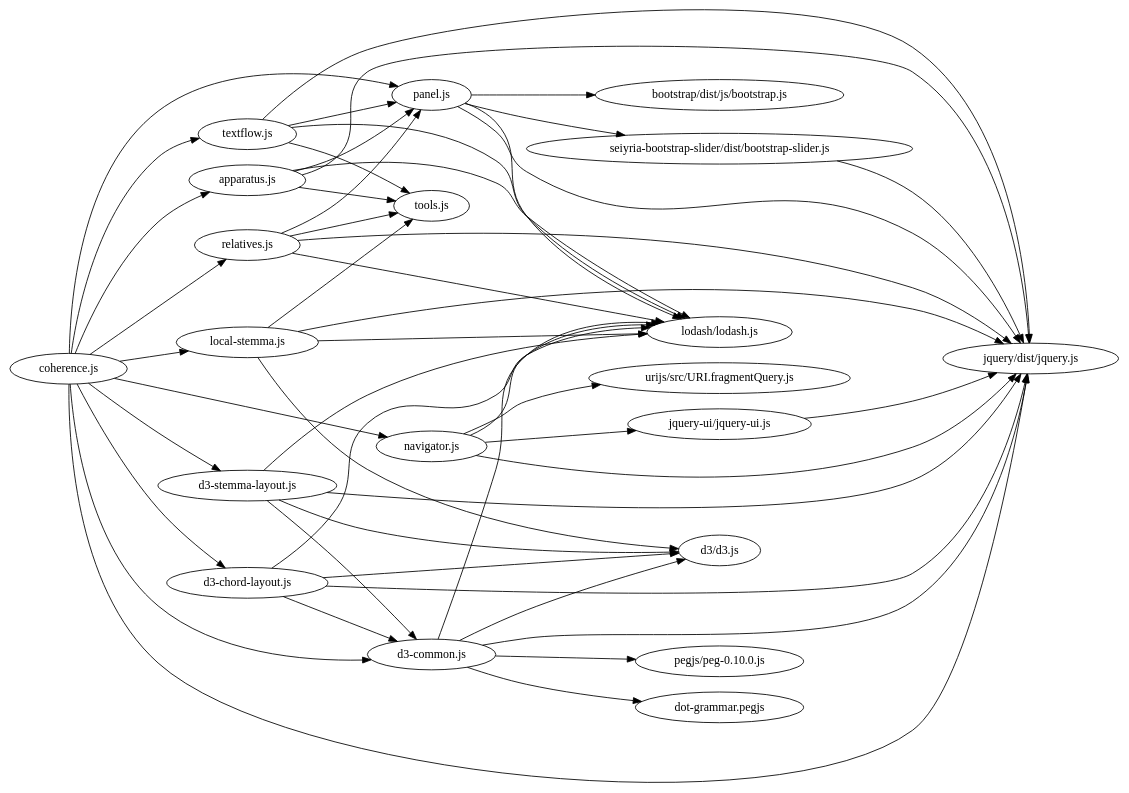
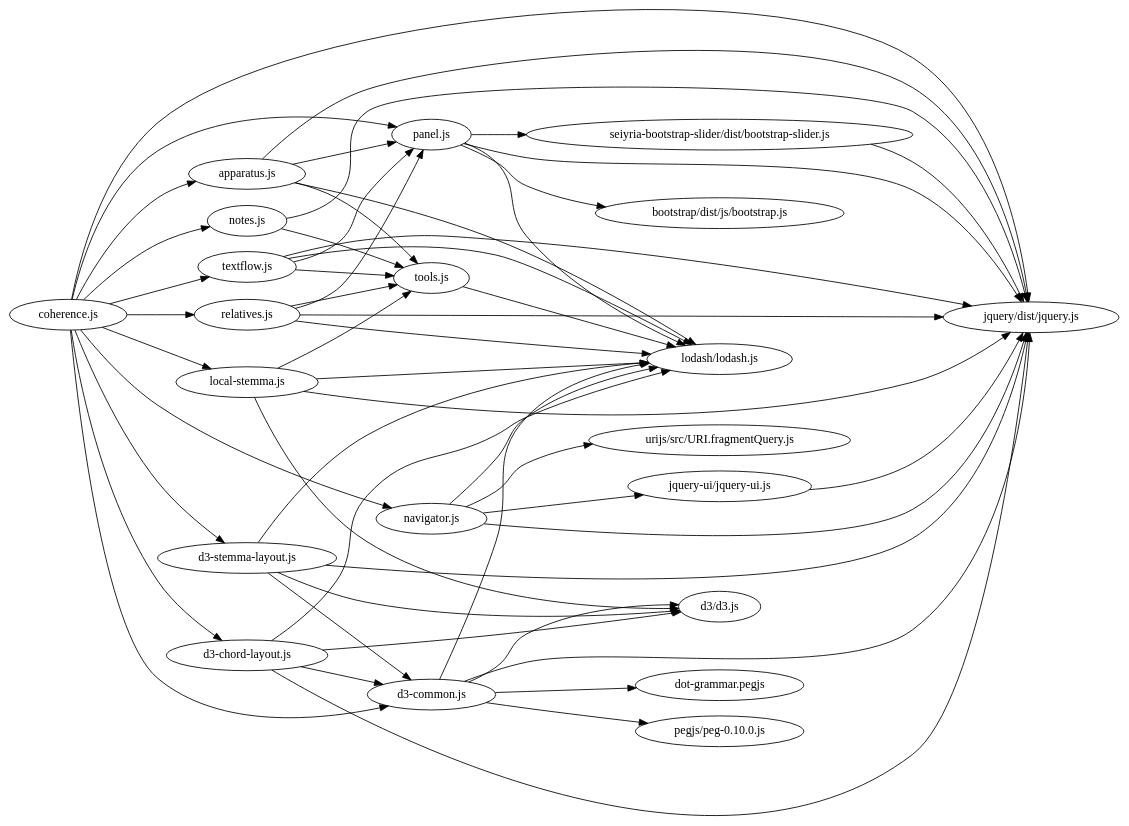
One commit to cceh/ntg changed the diagram in doc_src/coherence.jsgraph.dot. Above: the diagram before and after it, drawn with Graphviz. The commit also changed 48 other files, not shown here.

```diff
--- a/doc_src/coherence.jsgraph.dot
+++ b/doc_src/coherence.jsgraph.dot
@@ -1,72 +1,77 @@
 digraph G {
 graph [rankdir="LR"]
   "bootstrap/dist/js/bootstrap.js";
   "d3/d3.js";
   "jquery-ui/jquery-ui.js";
   "jquery/dist/jquery.js";
   "lodash/lodash.js";
   "pegjs/peg-0.10.0.js";
   "seiyria-bootstrap-slider/dist/bootstrap-slider.js";
   "urijs/src/URI.fragmentQuery.js";
   "apparatus.js";
   "panel.js";
   "tools.js";
   "coherence.js";
   "d3-chord-layout.js";
   "d3-common.js";
   "d3-stemma-layout.js";
   "local-stemma.js";
   "navigator.js";
+  "notes.js";
   "relatives.js";
   "textflow.js";
   "dot-grammar.pegjs";
   "jquery-ui/jquery-ui.js" -> "jquery/dist/jquery.js";
   "seiyria-bootstrap-slider/dist/bootstrap-slider.js" -> "jquery/dist/jquery.js";
   "apparatus.js" -> "jquery/dist/jquery.js";
   "apparatus.js" -> "lodash/lodash.js";
   "apparatus.js" -> "panel.js";
   "apparatus.js" -> "tools.js";
   "coherence.js" -> "jquery/dist/jquery.js";
   "coherence.js" -> "apparatus.js";
   "coherence.js" -> "d3-chord-layout.js";
   "coherence.js" -> "d3-common.js";
   "coherence.js" -> "d3-stemma-layout.js";
   "coherence.js" -> "local-stemma.js";
   "coherence.js" -> "navigator.js";
+  "coherence.js" -> "notes.js";
   "coherence.js" -> "panel.js";
   "coherence.js" -> "relatives.js";
   "coherence.js" -> "textflow.js";
   "d3-chord-layout.js" -> "d3/d3.js";
   "d3-chord-layout.js" -> "jquery/dist/jquery.js";
   "d3-chord-layout.js" -> "lodash/lodash.js";
   "d3-chord-layout.js" -> "d3-common.js";
   "d3-common.js" -> "d3/d3.js";
   "d3-common.js" -> "jquery/dist/jquery.js";
   "d3-common.js" -> "lodash/lodash.js";
   "d3-common.js" -> "pegjs/peg-0.10.0.js";
   "d3-common.js" -> "dot-grammar.pegjs";
   "d3-stemma-layout.js" -> "d3/d3.js";
   "d3-stemma-layout.js" -> "jquery/dist/jquery.js";
   "d3-stemma-layout.js" -> "lodash/lodash.js";
   "d3-stemma-layout.js" -> "d3-common.js";
   "local-stemma.js" -> "d3/d3.js";
   "local-stemma.js" -> "jquery/dist/jquery.js";
   "local-stemma.js" -> "lodash/lodash.js";
   "local-stemma.js" -> "tools.js";
   "navigator.js" -> "jquery-ui/jquery-ui.js";
   "navigator.js" -> "jquery/dist/jquery.js";
   "navigator.js" -> "lodash/lodash.js";
   "navigator.js" -> "urijs/src/URI.fragmentQuery.js";
+  "notes.js" -> "jquery/dist/jquery.js";
+  "notes.js" -> "tools.js";
   "panel.js" -> "bootstrap/dist/js/bootstrap.js";
   "panel.js" -> "jquery/dist/jquery.js";
   "panel.js" -> "lodash/lodash.js";
   "panel.js" -> "seiyria-bootstrap-slider/dist/bootstrap-slider.js";
   "relatives.js" -> "jquery/dist/jquery.js";
   "relatives.js" -> "lodash/lodash.js";
   "relatives.js" -> "panel.js";
   "relatives.js" -> "tools.js";
   "textflow.js" -> "jquery/dist/jquery.js";
   "textflow.js" -> "lodash/lodash.js";
   "textflow.js" -> "panel.js";
   "textflow.js" -> "tools.js";
+  "tools.js" -> "lodash/lodash.js";
 }
```
